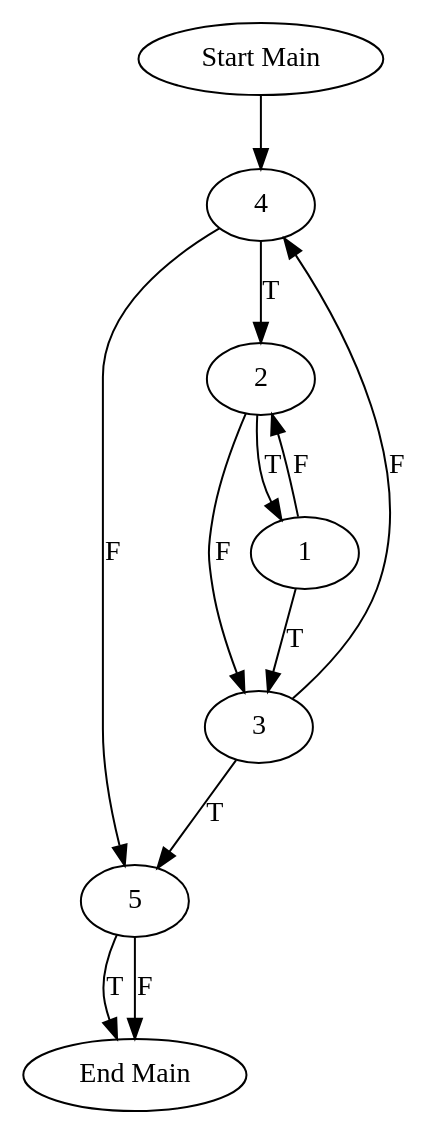
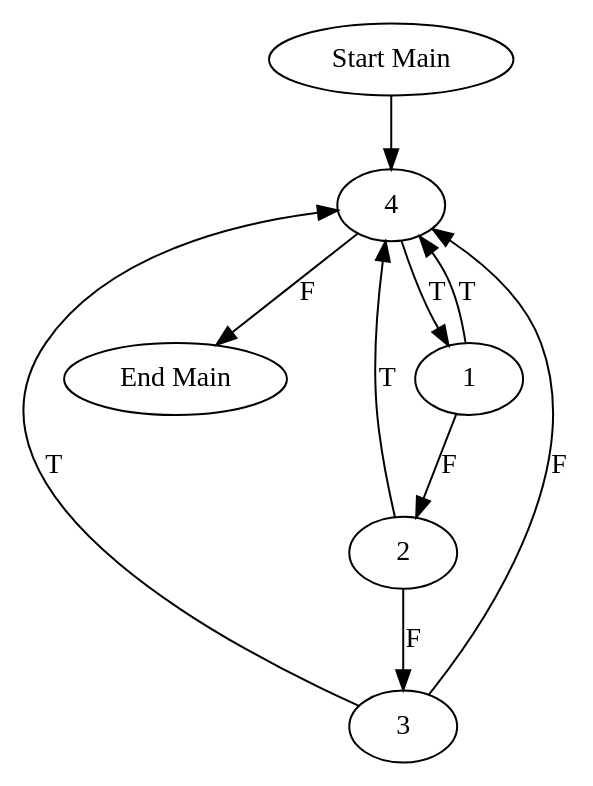
Before and after one commit to echancrure/Sikraken: the diagram in Parser/input.dot, drawn with Graphviz. The commit also changed 13 other files, not shown here.

```diff
--- a/Parser/input.dot
+++ b/Parser/input.dot
@@ -1,15 +1,13 @@
 digraph CFG {
 subgraph Main{
 "Start Main" -> "4"	 
-"5" -> "End Main" [label = "T"];
-"5" -> "End Main" [label = "F"];
-"4" -> "2" [label = "T"];
-"4" -> "5" [label = "F"];
-"3" -> "5" [label = "T"];
+"4" -> "1" [label = "T"];
+"4" -> "End Main" [label = "F"];
+"3" -> "4" [label = "T"];
 "3" -> "4" [label = "F"];
-"2" -> "1" [label = "T"];
+"2" -> "4" [label = "T"];
 "2" -> "3" [label = "F"];
-"1" -> "3" [label = "T"];
+"1" -> "4" [label = "T"];
 "1" -> "2" [label = "F"];
 }
 }
```
